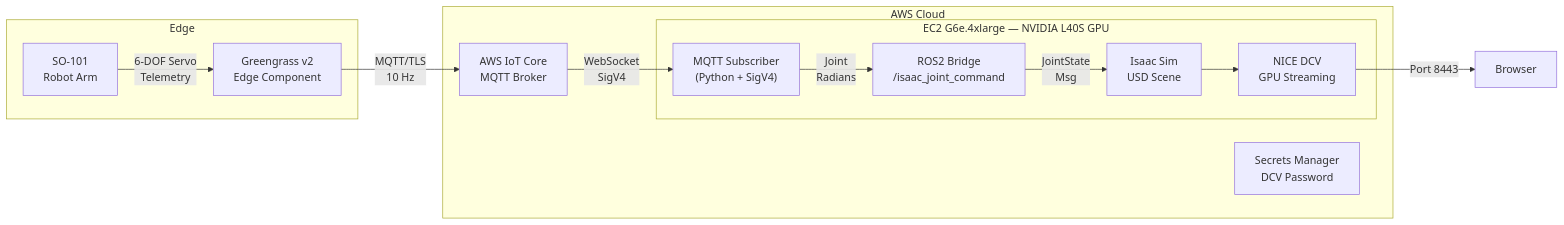
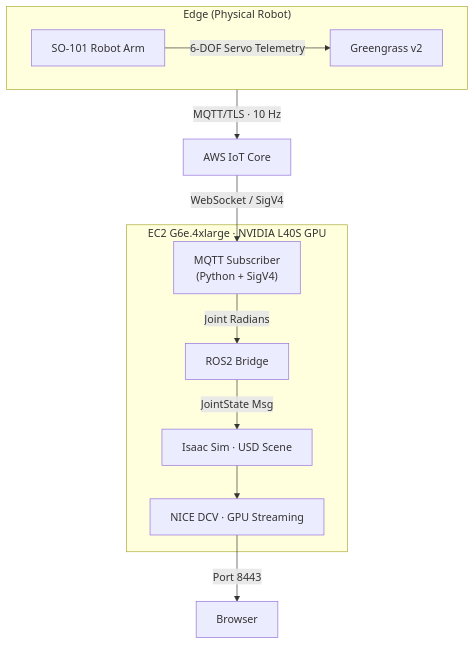
Before and after one commit to IgnacioSanchezAlvarado/iotcore-to-isaac-sim-dt: the diagram in README.md, drawn with Mermaid.

Commit message:
improved diagram

````diff
--- a/README.md
+++ b/README.md
@@ -7,29 +7,18 @@
 ```mermaid
-flowchart LR
-    subgraph Edge
-        Robot["SO-101\nRobot Arm"]
-        GG["Greengrass v2\nEdge Component"]
+flowchart TD
+    subgraph Edge["Edge (Physical Robot)"]
+        Robot["SO-101 Robot Arm"] -- "6-DOF Servo Telemetry" --> GG["Greengrass v2"]
     end
 
-    subgraph AWS Cloud
-        IoT["AWS IoT Core\nMQTT Broker"]
-        SM["Secrets Manager\nDCV Password"]
+    Edge -- "MQTT/TLS · 10 Hz" --> IoT["AWS IoT Core"]
 
-        subgraph EC2["EC2 G6e.4xlarge — NVIDIA L40S GPU"]
-            Sub["MQTT Subscriber\n(Python + SigV4)"]
-            ROS["ROS2 Bridge\n/isaac_joint_command"]
-            Isaac["Isaac Sim\nUSD Scene"]
-            DCV["NICE DCV\nGPU Streaming"]
-        end
+    subgraph EC2["EC2 G6e.4xlarge · NVIDIA L40S GPU"]
+        Sub["MQTT Subscriber\n(Python + SigV4)"]
+        Sub -- "Joint Radians" --> ROS["ROS2 Bridge"]
+        ROS -- "JointState Msg" --> Isaac["Isaac Sim · USD Scene"]
+        Isaac --> DCV["NICE DCV · GPU Streaming"]
     end
 
-    Browser["Browser"]
-
-    Robot -- "6-DOF Servo\nTelemetry" --> GG
-    GG -- "MQTT/TLS\n10 Hz" --> IoT
-    IoT -- "WebSocket\nSigV4" --> Sub
-    Sub -- "Joint\nRadians" --> ROS
-    ROS -- "JointState\nMsg" --> Isaac
-    Isaac --> DCV
-    DCV -- "Port 8443" --> Browser
+    IoT -- "WebSocket / SigV4" --> Sub
+    DCV -- "Port 8443" --> Browser["Browser"]
 ```
````
